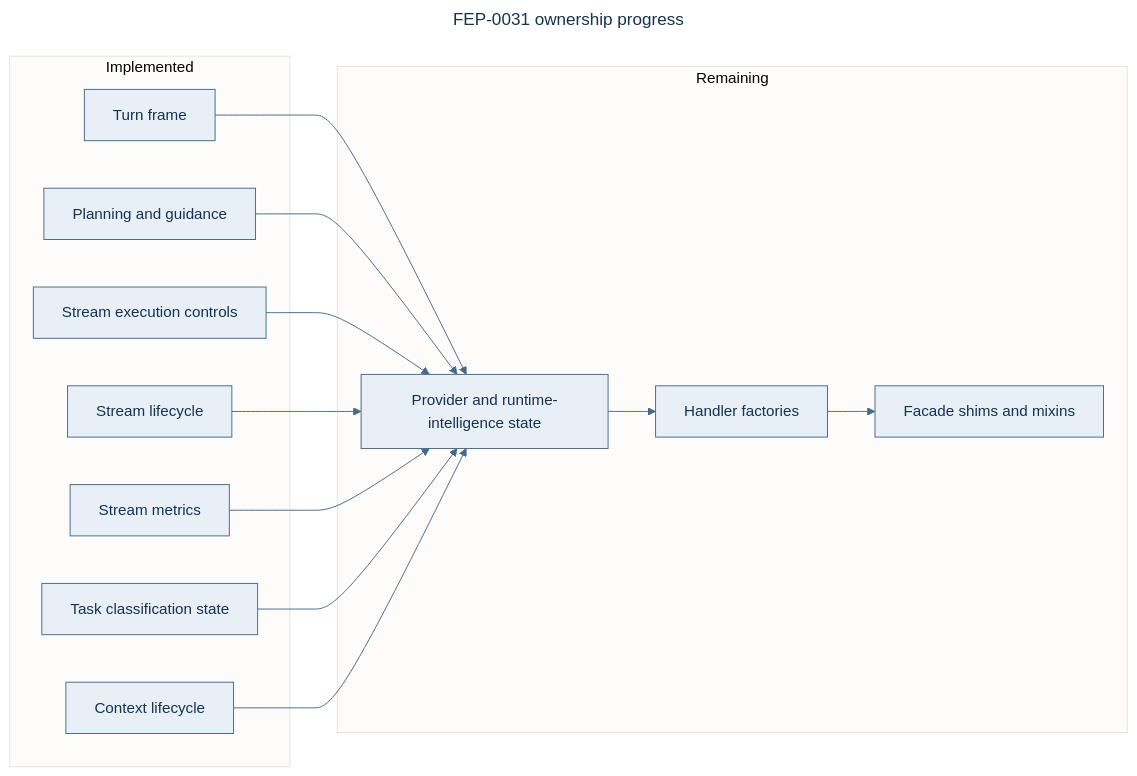
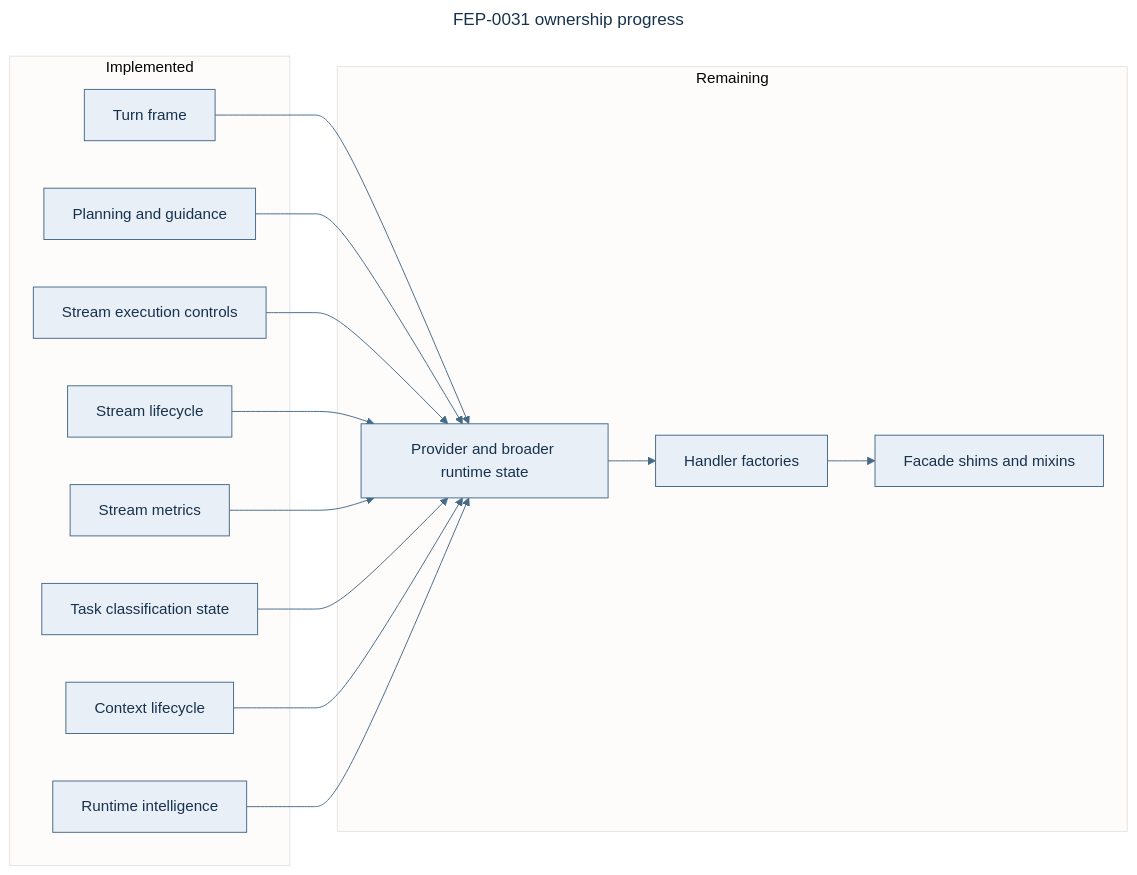
The second of 2 diagrams in docs/architecture/streaming-pipeline.md (anvai-labs/victor), drawn with Mermaid before and after one commit. The commit also changed other lines of this file and 13 other files, not shown here.

Commit message:
refactor(agent): consolidate chat runtime intelligence

````diff
--- a/docs/architecture/streaming-pipeline.md
+++ b/docs/architecture/streaming-pipeline.md
@@ -94,29 +94,31 @@
 ```mermaid
 ---
 title: FEP-0031 ownership progress
 ---
 %%{init: {"theme":"base","themeVariables":{"primaryColor":"#E8EFF7","primaryTextColor":"#17324D","primaryBorderColor":"#456987","lineColor":"#456987","fontFamily":"Arial"}}}%%
 flowchart LR
   subgraph DONE["Implemented"]
     T["Turn frame"]
     P["Planning and guidance"]
     E["Stream execution controls"]
     L["Stream lifecycle"]
     X["Stream metrics"]
     K["Task classification state"]
     C["Context lifecycle"]
+    I["Runtime intelligence"]
   end
   subgraph NEXT["Remaining"]
-    S["Provider and runtime-intelligence state"]
+    S["Provider and broader runtime state"]
     F["Handler factories"]
     M["Facade shims and mixins"]
   end
   T --> S
   P --> S
   E --> S
   L --> S
   X --> S
   K --> S
   C --> S
+  I --> S
   S --> F --> M
 ```
````
